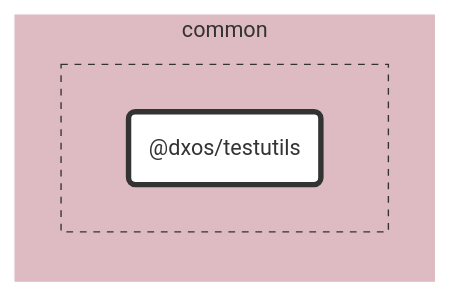
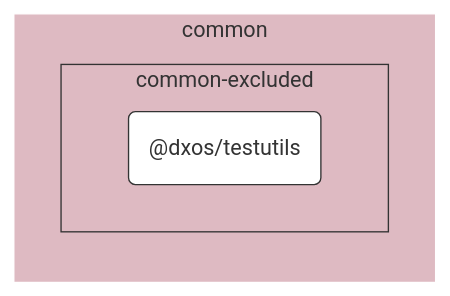
Before and after one commit to dxos/dxos: the diagram in packages/common/testutils/docs/README.md, drawn with Mermaid. The commit also changed 87 other files, not shown here.

````diff
--- a/packages/common/testutils/docs/README.md
+++ b/packages/common/testutils/docs/README.md
@@ -7,30 +7,24 @@
 ```mermaid
 %%{ init: {'flowchart':{'curve':'basis'}} }%%
 
 flowchart LR
 
-%% Links
+%% Classes
+classDef def fill:#fff,stroke:#333,stroke-width:1px
+classDef root fill:#fff,stroke:#333,stroke-width:4px
 
-%% Sections
-subgraph common
-  style common fill:#debac2,stroke:#fff;
+%% Nodes
 
+subgraph common [common]
+  style common fill:#debac2,stroke:#fff
 
-  subgraph common-excluded [ ]
-    style common-excluded fill:#debac2,stroke:#333,stroke-dasharray:5 5;
-
-    dxos/testutils("@dxos/testutils")
+  subgraph common-excluded [common-excluded]
+    style common-excluded fill:#debac2,stroke:#333,stroke-dashed:5 5
+    dxos/testutils("@dxos/testutils"):::def
+    click dxos/testutils "dxos/dxos/tree/main/packages/common/testutils/docs"
   end
 end
 
-
-%% Hyperlinks
-
-%% Styles
-classDef rootNode fill:#fff,stroke:#333,stroke-width:4px
-classDef defaultNode fill:#fff,stroke:#333,stroke-width:1px
+%% Links
 linkStyle default stroke:#333,stroke-width:1px
-
-dxos/testutils:::rootNode
-
 ```
````
